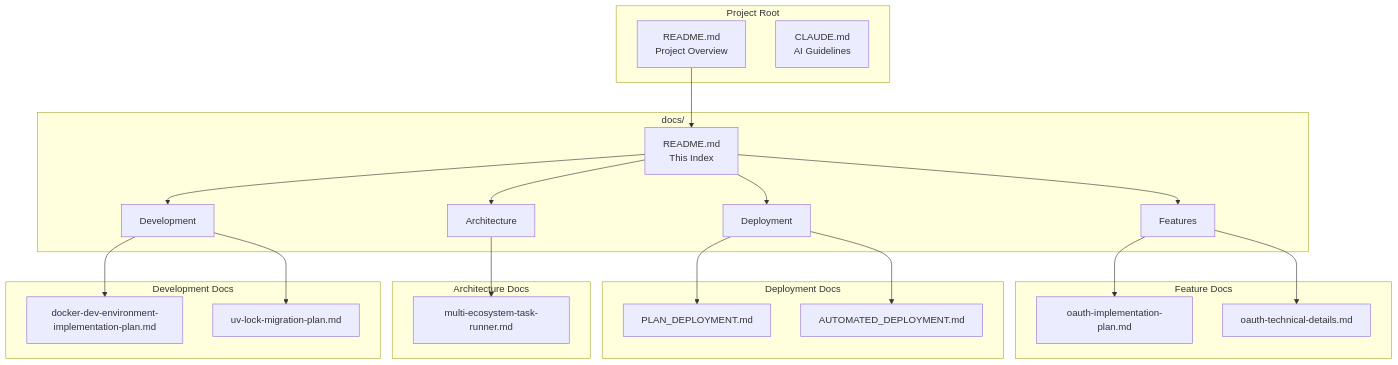
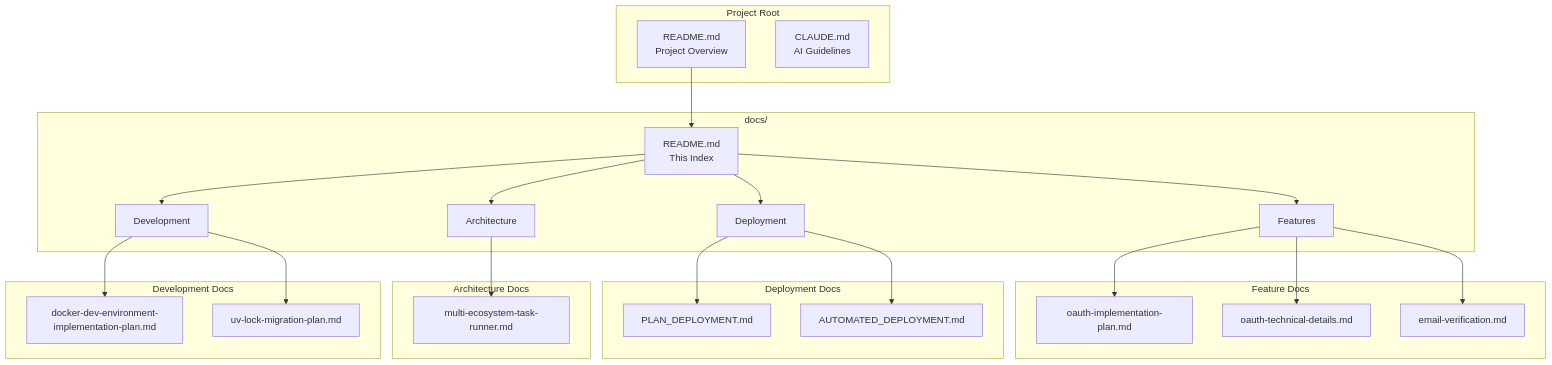
The diagram in docs/README.md (dremdem/stupid_chat_bot), drawn with Mermaid before and after one commit. The commit also changed other lines of this file and 1 other file, not shown here.

First line of the commit message:
docs: add email verification system documentation

````diff
--- a/docs/README.md
+++ b/docs/README.md
@@ -30,47 +30,49 @@
 ```mermaid
 graph TB
     subgraph Root["Project Root"]
         README["README.md<br/>Project Overview"]
         CLAUDE["CLAUDE.md<br/>AI Guidelines"]
     end
 
     subgraph Docs["docs/"]
         INDEX["README.md<br/>This Index"]
         FEAT["Features"]
         DEPLOY["Deployment"]
         ARCH["Architecture"]
         DEV["Development"]
     end
 
     subgraph Features["Feature Docs"]
         OAUTH_PLAN["oauth-implementation-plan.md"]
         OAUTH_TECH["oauth-technical-details.md"]
+        EMAIL_VER["email-verification.md"]
     end
 
     subgraph Deploy["Deployment Docs"]
         PLAN["PLAN_DEPLOYMENT.md"]
         AUTO["AUTOMATED_DEPLOYMENT.md"]
     end
 
     subgraph Arch["Architecture Docs"]
         TASK["multi-ecosystem-task-runner.md"]
     end
 
     subgraph Dev["Development Docs"]
         DOCKER["docker-dev-environment-implementation-plan.md"]
         UV["uv-lock-migration-plan.md"]
     end
 
     README --> INDEX
     INDEX --> FEAT
     INDEX --> DEPLOY
     INDEX --> ARCH
     INDEX --> DEV
     FEAT --> OAUTH_PLAN
     FEAT --> OAUTH_TECH
+    FEAT --> EMAIL_VER
     DEPLOY --> PLAN
     DEPLOY --> AUTO
     ARCH --> TASK
     DEV --> DOCKER
     DEV --> UV
 ```
````
